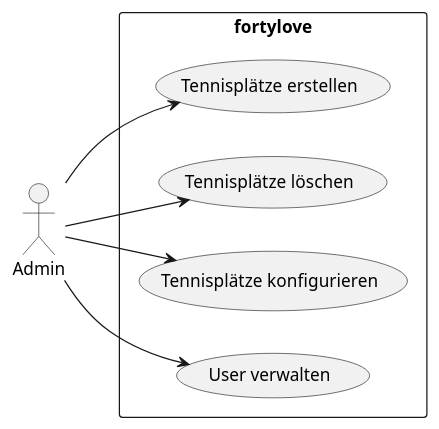
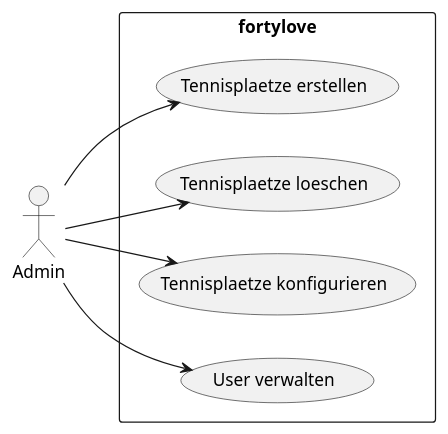
One commit to incrediblybadcoder/fortylove changed the diagram in documents/design/usecases/UseCasesAdmin.puml. Above: the diagram before and after it, drawn with PlantUML. The commit also changed 2 other files, not shown here.

```diff
--- a/documents/design/usecases/UseCasesAdmin.puml
+++ b/documents/design/usecases/UseCasesAdmin.puml
@@ -1,11 +1,11 @@
 @startuml
 left to right direction
 actor "Admin" as Actor
 rectangle fortylove {
-    Actor --> (Tennisplätze erstellen)
-    Actor --> (Tennisplätze löschen)
-    Actor --> (Tennisplätze konfigurieren)
+    Actor --> (Tennisplaetze erstellen)
+    Actor --> (Tennisplaetze loeschen)
+    Actor --> (Tennisplaetze konfigurieren)
     Actor --> (User verwalten)
 }
 
 @enduml
```
